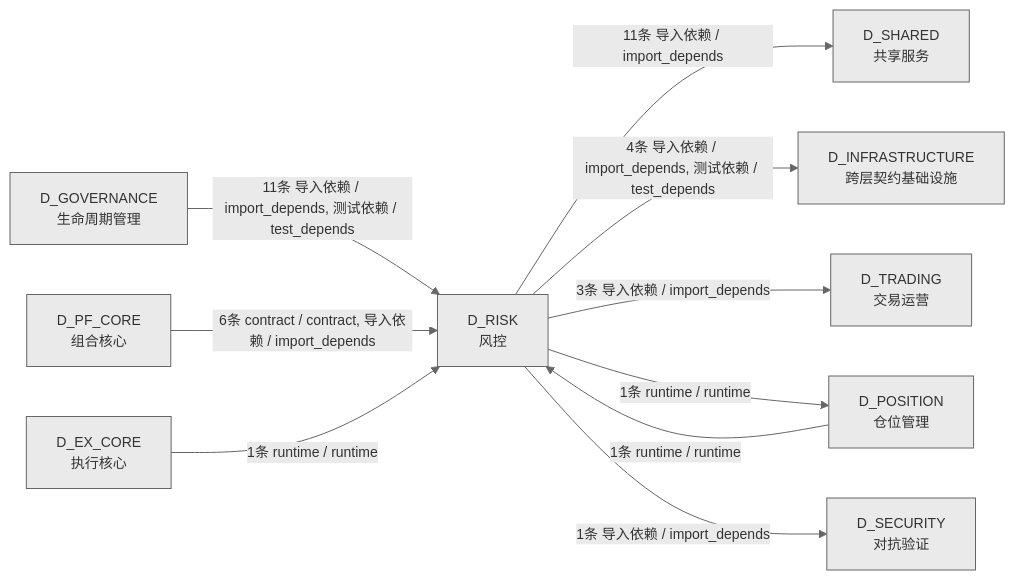
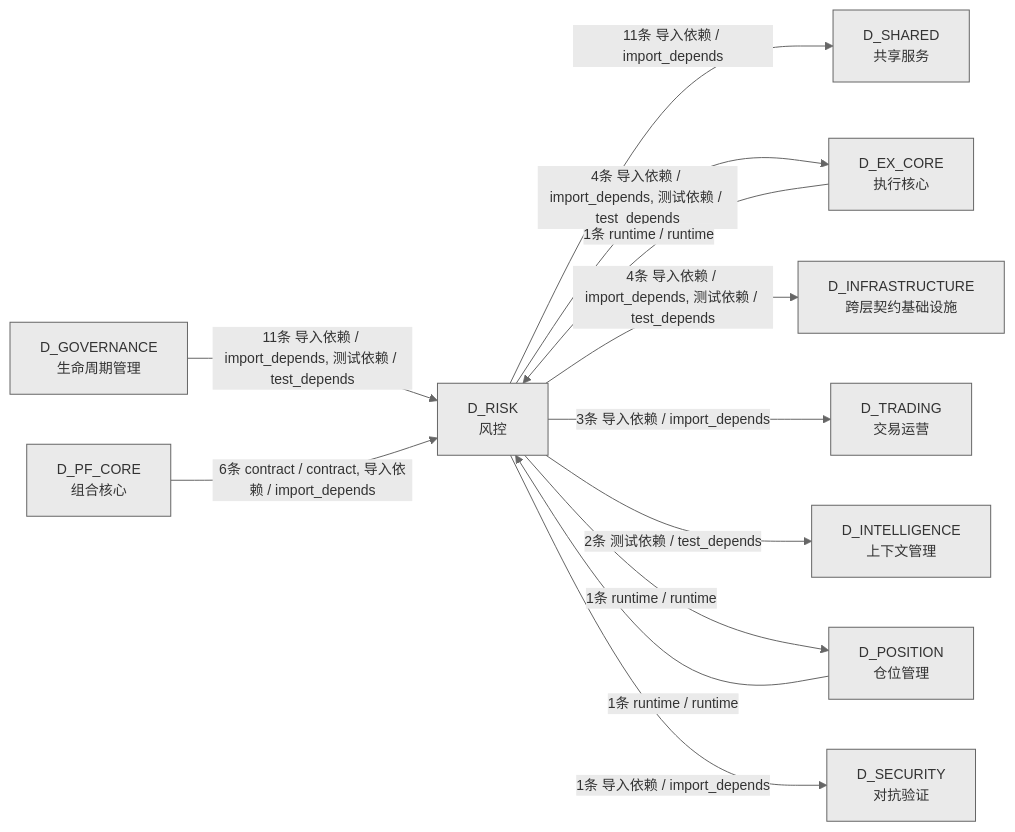
Before and after one commit to xuanFelixVan/ZephyrAlpha: the fourth of 4 diagrams in docs/02_enterprise_architecture/02_domain_architecture_docs/65_d_risk.md, drawn with Mermaid. The commit also changed other lines of this file and 50 other files, not shown here.

````diff
--- a/docs/02_enterprise_architecture/02_domain_architecture_docs/65_d_risk.md
+++ b/docs/02_enterprise_architecture/02_domain_architecture_docs/65_d_risk.md
@@ -408,22 +452,25 @@
 ```mermaid
 %%{init: {'theme': 'base', 'themeVariables': {'primaryColor': '#eaeaea', 'primaryTextColor': '#333333', 'primaryBorderColor': '#666666', 'lineColor': '#666666', 'secondaryColor': '#eaeaea', 'tertiaryColor': '#eaeaea', 'fontSize': '14px'}}}%%
 graph LR
     D_RISK["D_RISK<br/>风控"]
     D_SHARED["D_SHARED<br/>共享服务"]
+    D_EX_CORE["D_EX_CORE<br/>执行核心"]
     D_INFRASTRUCTURE["D_INFRASTRUCTURE<br/>跨层契约基础设施"]
     D_TRADING["D_TRADING<br/>交易运营"]
+    D_INTELLIGENCE["D_INTELLIGENCE<br/>上下文管理"]
     D_POSITION["D_POSITION<br/>仓位管理"]
     D_SECURITY["D_SECURITY<br/>对抗验证"]
     D_GOVERNANCE["D_GOVERNANCE<br/>生命周期管理"]
     D_PF_CORE["D_PF_CORE<br/>组合核心"]
-    D_EX_CORE["D_EX_CORE<br/>执行核心"]
     D_RISK -->|11条 导入依赖 / import_depends| D_SHARED
+    D_RISK -->|4条 导入依赖 / import_depends, 测试依赖 / test_depends| D_EX_CORE
     D_RISK -->|4条 导入依赖 / import_depends, 测试依赖 / test_depends| D_INFRASTRUCTURE
     D_RISK -->|3条 导入依赖 / import_depends| D_TRADING
+    D_RISK -->|2条 测试依赖 / test_depends| D_INTELLIGENCE
     D_RISK -->|1条 runtime / runtime| D_POSITION
     D_RISK -->|1条 导入依赖 / import_depends| D_SECURITY
     D_GOVERNANCE -->|11条 导入依赖 / import_depends, 测试依赖 / test_depends| D_RISK
     D_PF_CORE -->|6条 contract / contract, 导入依赖 / import_depends| D_RISK
     D_EX_CORE -->|1条 runtime / runtime| D_RISK
     D_POSITION -->|1条 runtime / runtime| D_RISK
 ```
````
